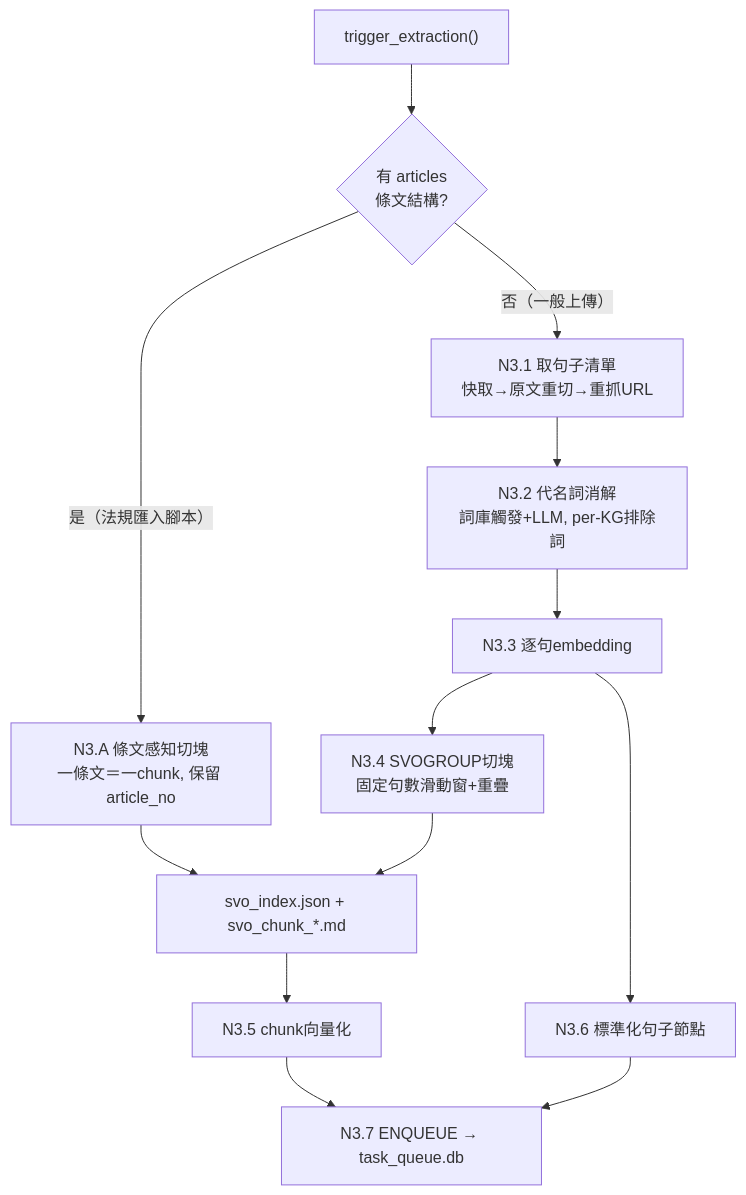
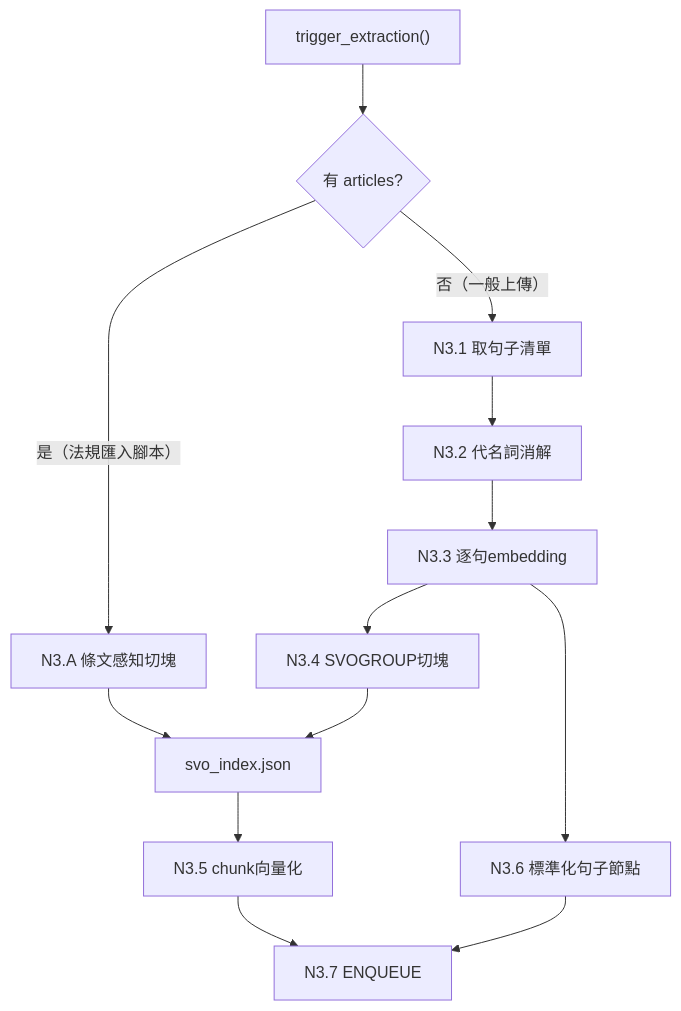
The fourth of 12 diagrams in docs/報告/95_專案節點流程總覽與設計說明.md (Chester930/world-knowledge-graph-rag), drawn with Mermaid before and after one commit. The commit also changed other lines of this file and 1 other file, not shown here.

````diff
--- a/docs/報告/95_專案節點流程總覽與設計說明.md
+++ b/docs/報告/95_專案節點流程總覽與設計說明.md
@@ -174,13 +200,11 @@
 ```mermaid
 flowchart TD
-    T["trigger_extraction()"] --> Q{"有 articles<br/>條文結構?"}
-    Q -- "是（法規匯入腳本）" --> AA["N3.A 條文感知切塊<br/>一條文＝一chunk, 保留 article_no"]
-    Q -- "否（一般上傳）" --> G1["N3.1 取句子清單<br/>快取→原文重切→重抓URL"]
-    G1 --> G3["N3.2 代名詞消解<br/>詞庫觸發+LLM, per-KG排除詞"]
-    G3 --> G4["N3.3 逐句embedding"]
-    G4 --> G5["N3.4 SVOGROUP切塊<br/>固定句數滑動窗+重疊"]
-    AA & G5 --> W["svo_index.json + svo_chunk_*.md"]
+    T["trigger_extraction()"] --> Q{"有 articles?"}
+    Q -- "是（法規匯入腳本）" --> AA["N3.A 條文感知切塊"]
+    Q -- "否（一般上傳）" --> G1["N3.1 取句子清單"]
+    G1 --> G2["N3.2 代名詞消解"] --> G3["N3.3 逐句embedding"] --> G4["N3.4 SVOGROUP切塊"]
+    AA & G4 --> W["svo_index.json"]
     W --> E1["N3.5 chunk向量化"]
-    G4 --> E2["N3.6 標準化句子節點"]
-    E1 & E2 --> EQ["N3.7 ENQUEUE → task_queue.db"]
+    G3 --> E2["N3.6 標準化句子節點"]
+    E1 & E2 --> EQ["N3.7 ENQUEUE"]
 ```
````
